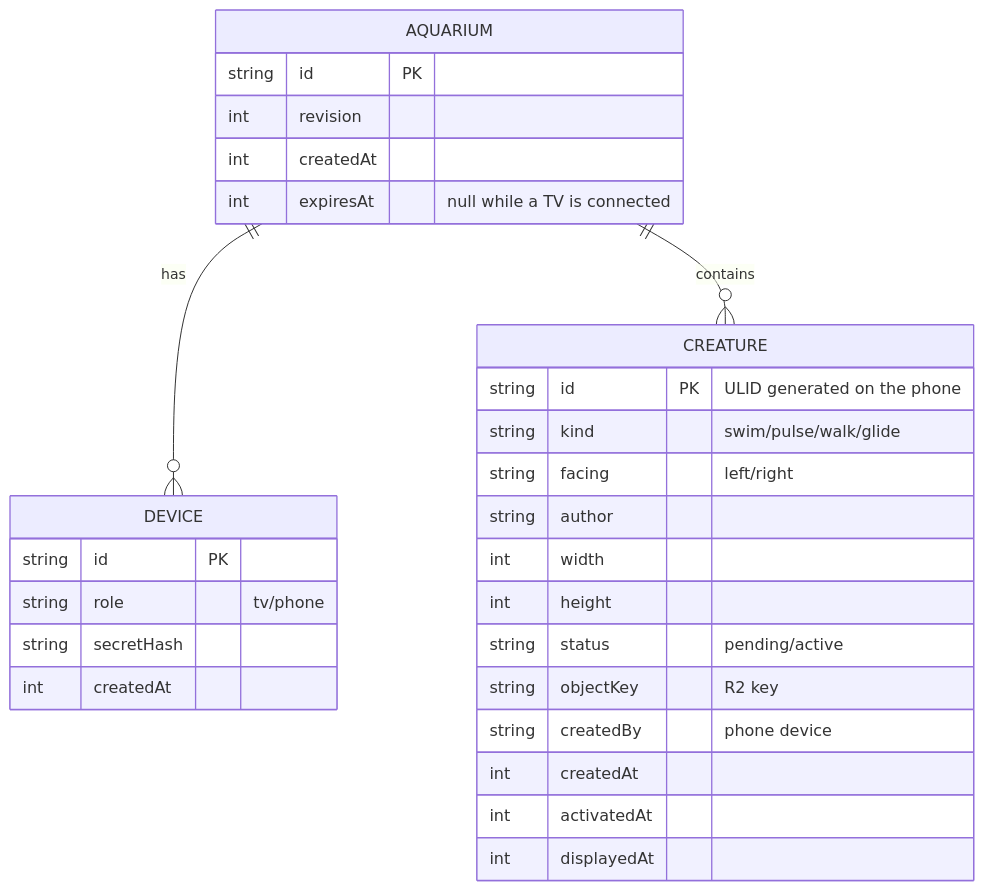
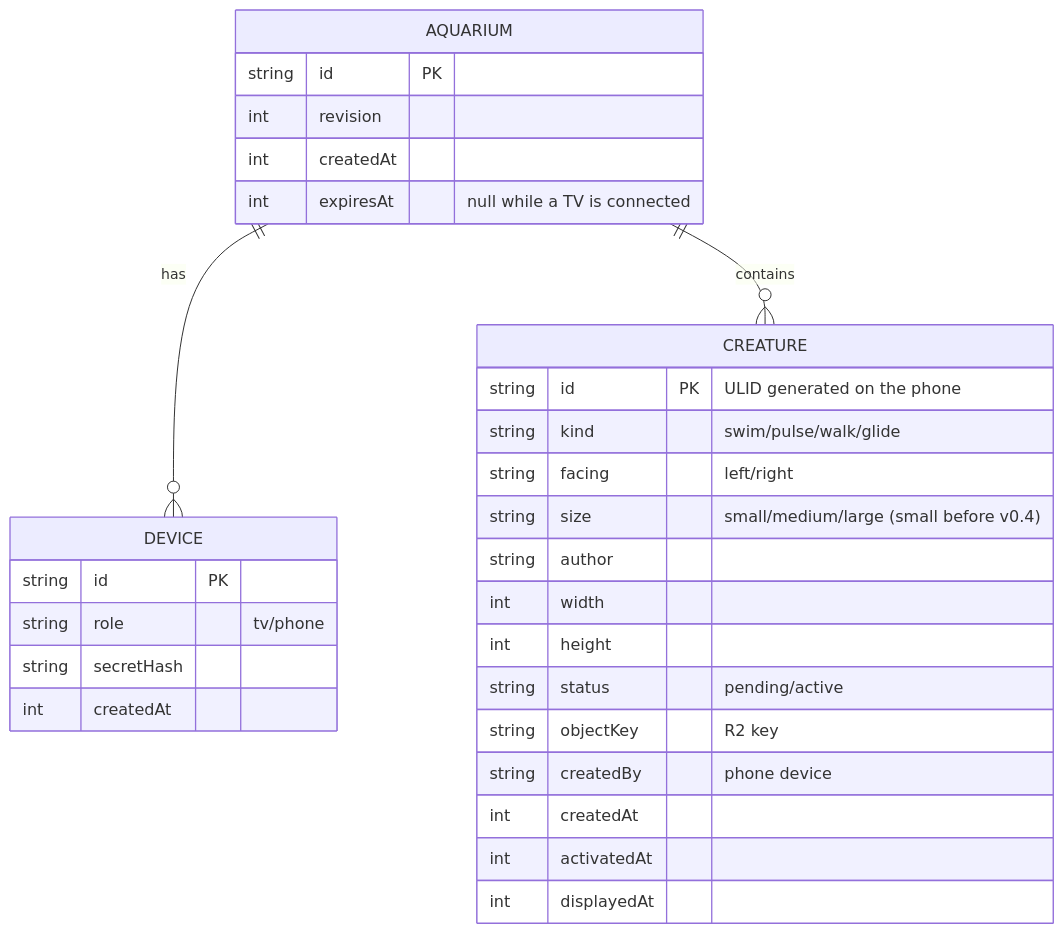
Before and after one commit to brunowinkeler/bwinkeler-aquarium: the tenth of 14 diagrams in docs/DESIGN.md, drawn with Mermaid. The commit also changed other lines of this file and 4 other files, not shown here.

````diff
--- a/docs/DESIGN.md
+++ b/docs/DESIGN.md
@@ -709,31 +713,32 @@
 ```mermaid
 erDiagram
   AQUARIUM ||--o{ DEVICE : "has"
   AQUARIUM ||--o{ CREATURE : "contains"
   AQUARIUM {
     string id PK
     int revision
     int createdAt
     int expiresAt "null while a TV is connected"
   }
   DEVICE {
     string id PK
     string role "tv/phone"
     string secretHash
     int createdAt
   }
   CREATURE {
     string id PK "ULID generated on the phone"
     string kind "swim/pulse/walk/glide"
     string facing "left/right"
+    string size "small/medium/large (small before v0.4)"
     string author
     int width
     int height
     string status "pending/active"
     string objectKey "R2 key"
     string createdBy "phone device"
     int createdAt
     int activatedAt
     int displayedAt
   }
 ```
````
